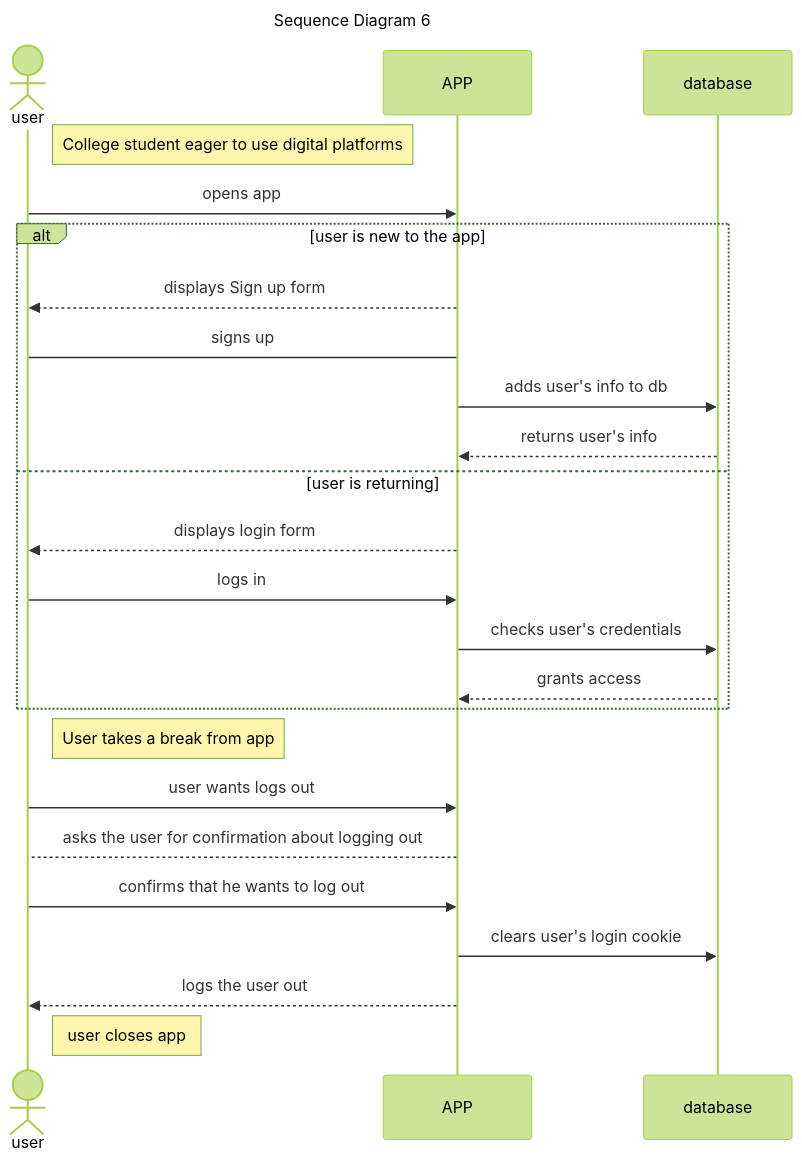
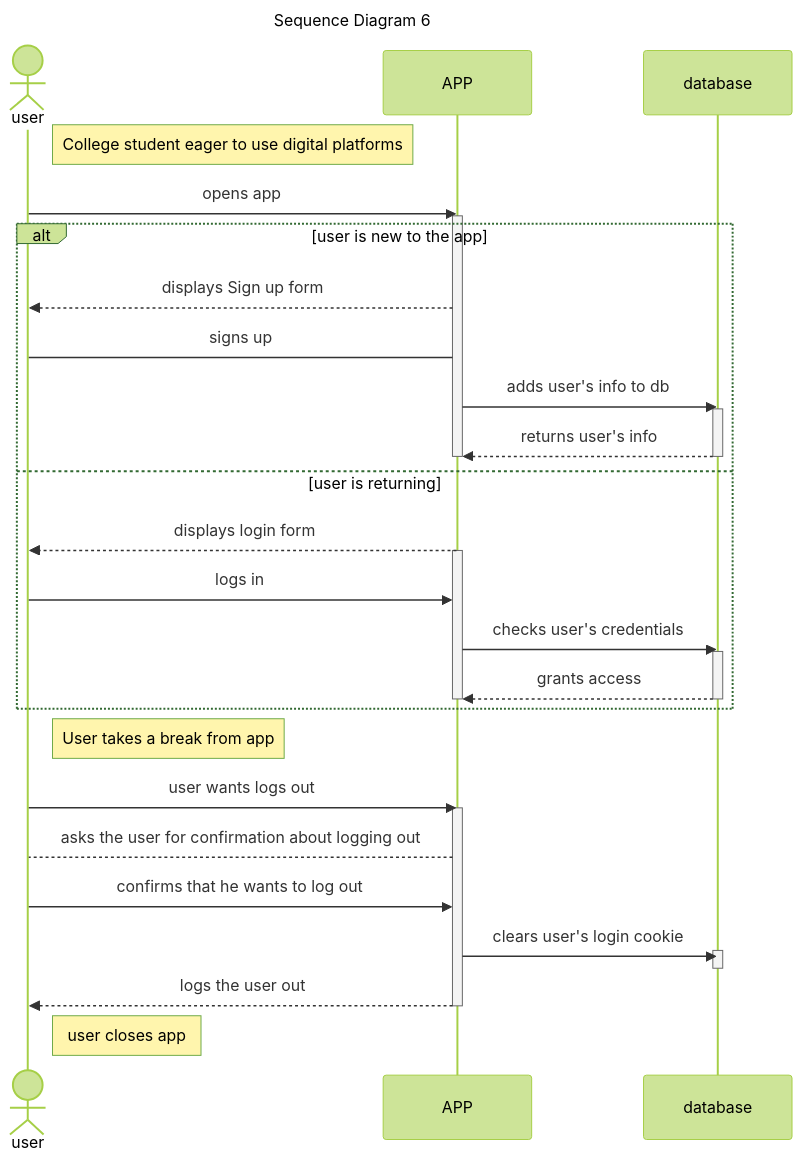
One commit to Capstone-Projects-2023-Fall/project-ar-pet-pals changed the sixth of 8 diagrams in documentation/docs/system-architecture/sequence-diagrams.md. Above: the diagram before and after it, drawn with Mermaid (forest theme). The commit also changed other lines of this file, not shown here.

Commit message:
edit sequence diagrams

````diff
--- a/documentation/docs/system-architecture/sequence-diagrams.md
+++ b/documentation/docs/system-architecture/sequence-diagrams.md
@@ -211,33 +243,47 @@
 ```mermaid
 sequenceDiagram
     title Sequence Diagram 6
 
     actor user
 
     Note right of user: College student eager to use digital platforms
 
     user->>APP: opens app
+    activate APP
 
     alt user is new to the app
         APP-->>user:  displays Sign up form
         user->APP: signs up
         APP->>database: adds user's info to db
+        activate database
         database-->>APP: returns user's info
+        deactivate database
+
+        deactivate APP
+
 
 
     else user is returning
         APP-->>user: displays login form
+        activate APP
         user->>APP: logs in
         APP->>database: checks user's credentials
+        activate database
         database-->>APP: grants access
+        deactivate database
+        deactivate APP
 
     end
     Note right of user: User takes a break from app
     user->>APP: user wants logs out
+    activate APP
     APP-->user: asks the user for confirmation about logging out
     user->>APP: confirms that he wants to log out
     APP->>database: clears user's login cookie
+    activate database
+    deactivate database
     APP-->>user: logs the user out
+    deactivate APP
 
     Note right of user: user closes app
 ```
````
